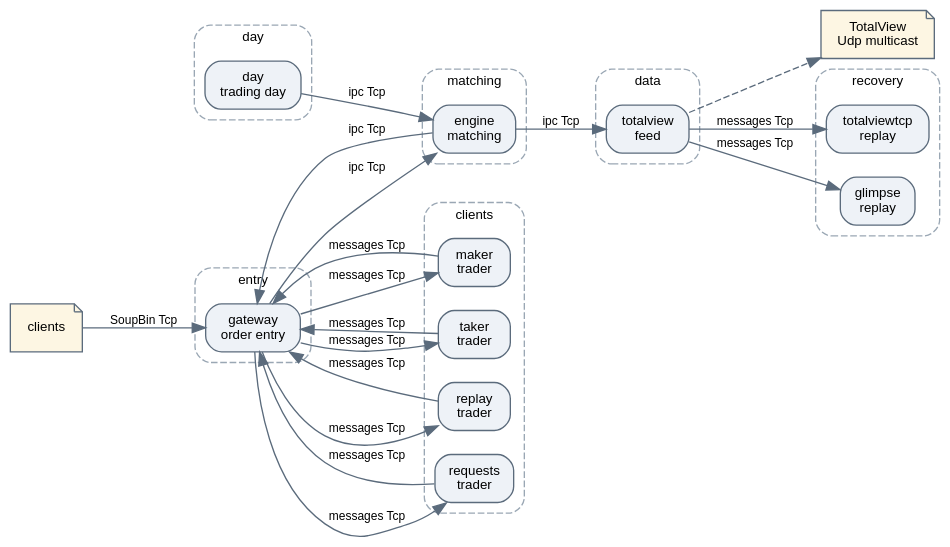
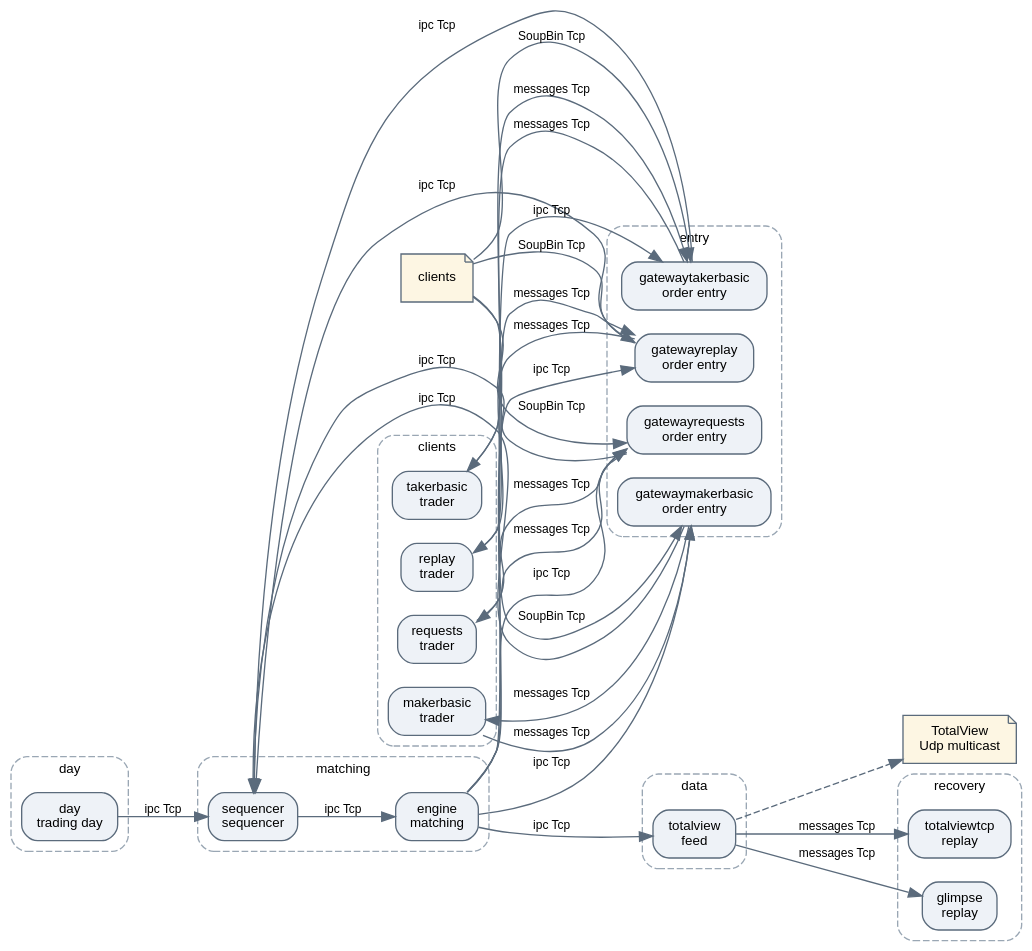
Before and after one commit to Open-Markets-Initiative/omi-cpp-exchanges: the diagram in nasdaq/equities/day/cluster/topology.dot, drawn with Graphviz. The commit also changed 2870 other files, not shown here.

```diff
--- a/nasdaq/equities/day/cluster/topology.dot
+++ b/nasdaq/equities/day/cluster/topology.dot
@@ -1,73 +1,87 @@
 // Nasdaq Stock Market Day — the venue's components and the links between them.
 //
 // Generated from the exchange's own declaration, so it cannot disagree with what was
 // built. Render it with:  dot -Tsvg topology.dot -o topology.svg
 
 digraph nasdaq {
     rankdir = LR;
     graph [fontname = "Helvetica", bgcolor = "transparent", splines = true];
     node  [fontname = "Helvetica", fontsize = 10, shape = box, style = "rounded,filled", fillcolor = "#eef2f7", color = "#5b6b7c"];
     edge  [fontname = "Helvetica", fontsize = 9, color = "#5b6b7c"];
 
     // The outside world: what reaches the venue and what leaves it.
     clients [label = "clients", shape = note, fillcolor = "#fdf6e3"];
     totalview_out [label = "TotalView\nUdp multicast", shape = note, fillcolor = "#fdf6e3"];
 
     // The components, each its own process in the separated versions and its own thread in the single binary.
     subgraph cluster_entry {
         label = "entry";
         style = "rounded,dashed"; color = "#9aa7b4"; fontsize = 10;
-        gateway [label = "gateway\norder entry"];
+        gatewaymakerbasic [label = "gatewaymakerbasic\norder entry"];
+        gatewaytakerbasic [label = "gatewaytakerbasic\norder entry"];
+        gatewayreplay [label = "gatewayreplay\norder entry"];
+        gatewayrequests [label = "gatewayrequests\norder entry"];
     }
     subgraph cluster_matching {
         label = "matching";
         style = "rounded,dashed"; color = "#9aa7b4"; fontsize = 10;
         engine [label = "engine\nmatching"];
+        sequencer [label = "sequencer\nsequencer"];
     }
     subgraph cluster_day {
         label = "day";
         style = "rounded,dashed"; color = "#9aa7b4"; fontsize = 10;
         day [label = "day\ntrading day"];
     }
     subgraph cluster_data {
         label = "data";
         style = "rounded,dashed"; color = "#9aa7b4"; fontsize = 10;
         totalview [label = "totalview\nfeed"];
     }
     subgraph cluster_recovery {
         label = "recovery";
         style = "rounded,dashed"; color = "#9aa7b4"; fontsize = 10;
         glimpse [label = "glimpse\nreplay"];
         totalviewtcp [label = "totalviewtcp\nreplay"];
     }
     subgraph cluster_clients {
         label = "clients";
         style = "rounded,dashed"; color = "#9aa7b4"; fontsize = 10;
-        maker [label = "maker\ntrader"];
-        taker [label = "taker\ntrader"];
+        makerbasic [label = "makerbasic\ntrader"];
+        takerbasic [label = "takerbasic\ntrader"];
         replay [label = "replay\ntrader"];
         requests [label = "requests\ntrader"];
     }
 
     // Order entry arrives over Tcp, whichever version is running.
-    clients -> gateway [label = "SoupBin Tcp"];
+    clients -> gatewaymakerbasic [label = "SoupBin Tcp"];
+    clients -> gatewaytakerbasic [label = "SoupBin Tcp"];
+    clients -> gatewayreplay [label = "SoupBin Tcp"];
+    clients -> gatewayrequests [label = "SoupBin Tcp"];
 
     // Between the components: a queue in one process, a ring across several, a socket across machines.
-    gateway -> engine [label = "ipc Tcp"];
-    day -> engine [label = "ipc Tcp"];
-    engine -> gateway [label = "ipc Tcp"];
+    gatewaymakerbasic -> sequencer [label = "ipc Tcp"];
+    gatewaytakerbasic -> sequencer [label = "ipc Tcp"];
+    gatewayreplay -> sequencer [label = "ipc Tcp"];
+    gatewayrequests -> sequencer [label = "ipc Tcp"];
+    day -> sequencer [label = "ipc Tcp"];
+    sequencer -> engine [label = "ipc Tcp"];
+    engine -> gatewaymakerbasic [label = "ipc Tcp"];
+    engine -> gatewaytakerbasic [label = "ipc Tcp"];
+    engine -> gatewayreplay [label = "ipc Tcp"];
+    engine -> gatewayrequests [label = "ipc Tcp"];
     engine -> totalview [label = "ipc Tcp"];
     totalview -> glimpse [label = "messages Tcp"];
     totalview -> totalviewtcp [label = "messages Tcp"];
-    gateway -> maker [label = "messages Tcp"];
-    maker -> gateway [label = "messages Tcp"];
-    gateway -> taker [label = "messages Tcp"];
-    taker -> gateway [label = "messages Tcp"];
-    gateway -> replay [label = "messages Tcp"];
-    replay -> gateway [label = "messages Tcp"];
-    gateway -> requests [label = "messages Tcp"];
-    requests -> gateway [label = "messages Tcp"];
+    gatewaymakerbasic -> makerbasic [label = "messages Tcp"];
+    makerbasic -> gatewaymakerbasic [label = "messages Tcp"];
+    gatewaytakerbasic -> takerbasic [label = "messages Tcp"];
+    takerbasic -> gatewaytakerbasic [label = "messages Tcp"];
+    gatewayreplay -> replay [label = "messages Tcp"];
+    replay -> gatewayreplay [label = "messages Tcp"];
+    gatewayrequests -> requests [label = "messages Tcp"];
+    requests -> gatewayrequests [label = "messages Tcp"];
 
     // And out: each feed publishes and records what it is given.
     totalview -> totalview_out [style = dashed];
 }
```
